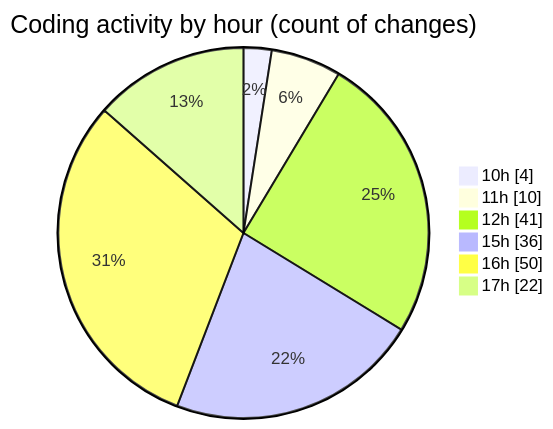
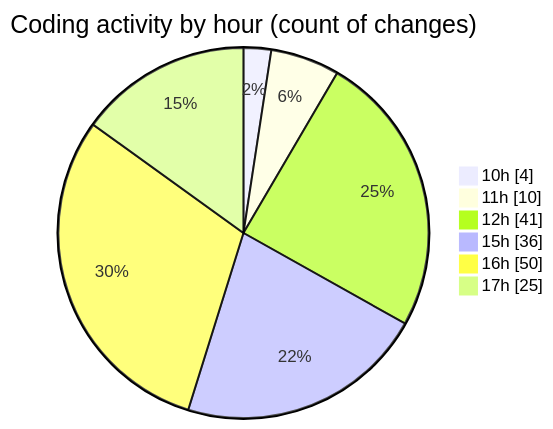
Before and after one commit to nxtqubesakshisongat/code-tracking: the second of 2 diagrams in 2026-03-05/nxtqube_webapp/README.md, drawn with Mermaid. The commit also changed other lines of this file and 1 other file, not shown here.

````diff
--- a/2026-03-05/nxtqube_webapp/README.md
+++ b/2026-03-05/nxtqube_webapp/README.md
@@ -43,10 +43,10 @@
 ```mermaid
 pie showData
 title Coding activity by hour (count of changes)
 "10h" : 4
 "11h" : 10
 "12h" : 41
 "15h" : 36
 "16h" : 50
-"17h" : 22
+"17h" : 25
 ```
````
